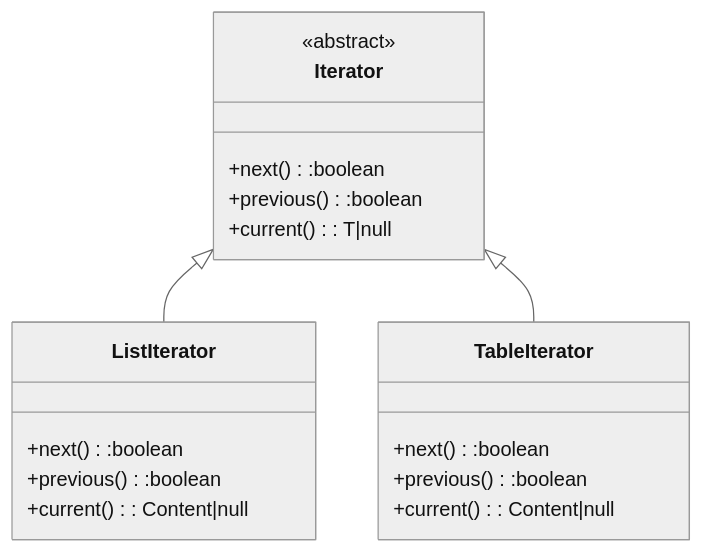
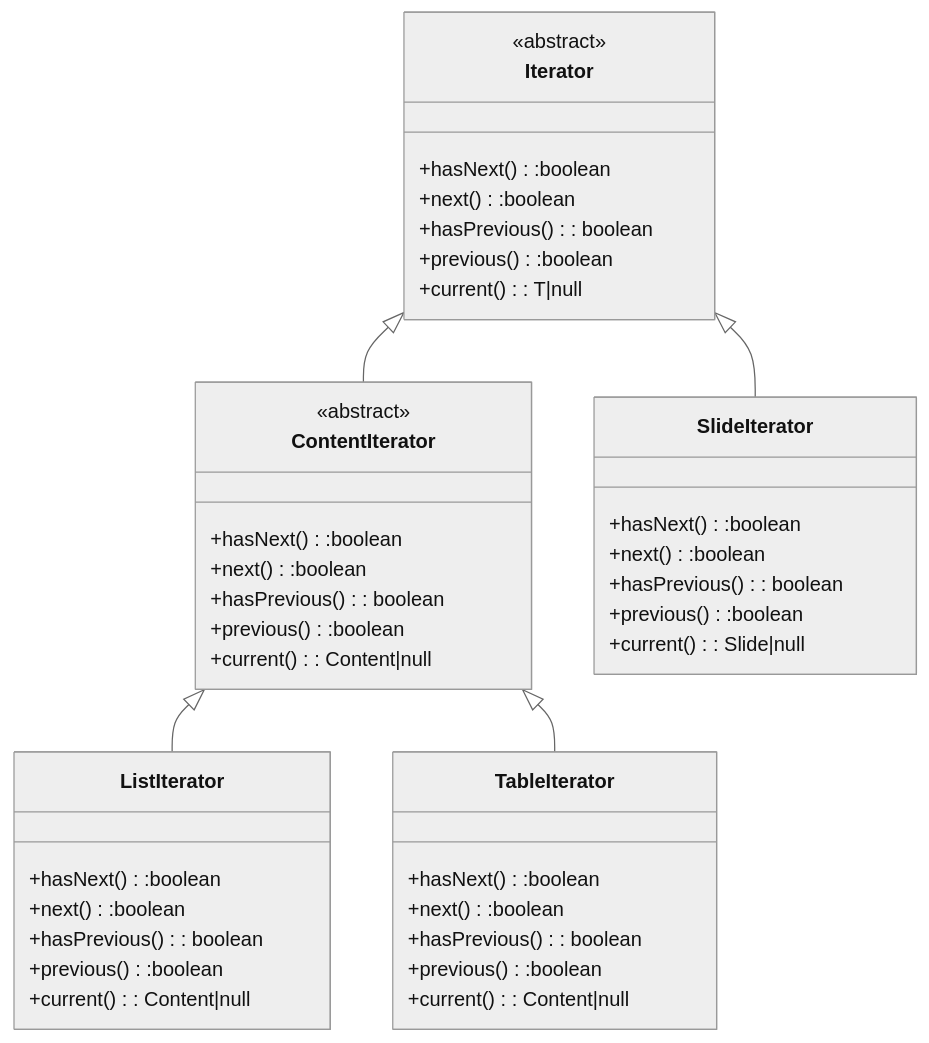
One commit to Borrelhapje/design-for-change changed the third of 3 diagrams in domaindesign.md. Above: the diagram before and after it, drawn with Mermaid (neutral theme). The commit also changed other lines of this file, not shown here.

Commit message:
Added SlideIterator. Removed references to rendering/showing. Merged class diagrams for Slide and SlideShow and added a bare-bones Content class to the resulting diagram.

````diff
--- a/domaindesign.md
+++ b/domaindesign.md
@@ -127,22 +135,45 @@
 ```mermaid
 classDiagram
 class Iterator{
   <<abstract>>
+  +hasNext():boolean
   +next():boolean
+  +hasPrevious(): boolean
   +previous():boolean
   +current(): T|null
 }
+class ContentIterator{
+  <<abstract>>
+  +hasNext():boolean
+  +next():boolean
+  +hasPrevious(): boolean
+  +previous():boolean
+  +current(): Content|null
+}
 class ListIterator {
+  +hasNext():boolean
   +next():boolean
+  +hasPrevious(): boolean
   +previous():boolean
   +current(): Content|null
 }
 class TableIterator {
+  +hasNext():boolean
   +next():boolean
+  +hasPrevious(): boolean
   +previous():boolean
   +current(): Content|null
 }
+class SlideIterator {
+  +hasNext():boolean
+  +next():boolean
+  +hasPrevious(): boolean
+  +previous():boolean
+  +current(): Slide|null
+}
 
-Iterator <|-- ListIterator
-Iterator <|-- TableIterator
+    Iterator <|-- SlideIterator
+    Iterator <|-- ContentIterator
+    ContentIterator <|-- ListIterator
+    ContentIterator <|-- TableIterator
 ```
````
